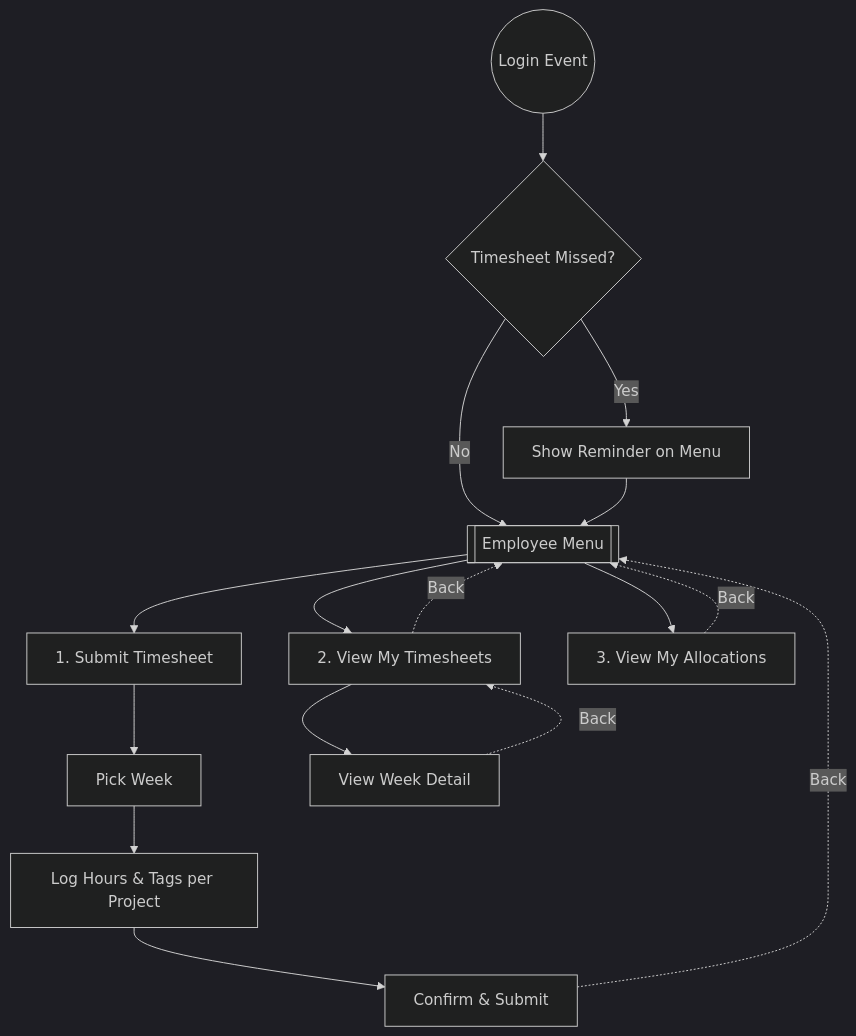
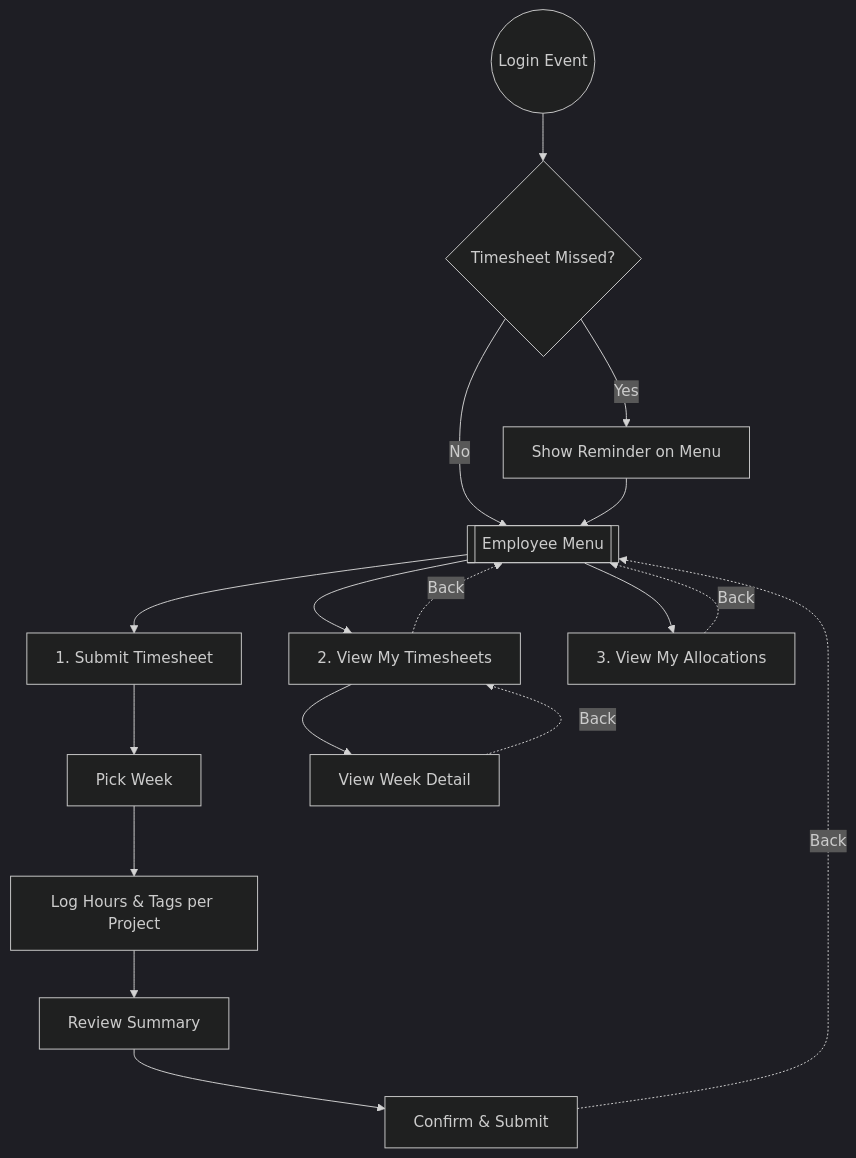
The fourth of 6 diagrams in UML Design/flow_diagrams.md (RiyaAmetaITT/Project-Resource-Management-tool), drawn with Mermaid (dark theme) before and after one commit. The commit also changed other lines of this file and 4 other files, not shown here.

Commit message:
Updated the design diagrams

````diff
--- a/UML Design/flow_diagrams.md
+++ b/UML Design/flow_diagrams.md
@@ -117,23 +124,24 @@
 ```mermaid
 flowchart TD
     EmployeeMenu[[Employee Menu]]
     
     LoginEvent((Login Event)) --> RemCheck{Timesheet Missed?}
     RemCheck -- Yes --> ShowRem[Show Reminder on Menu]
     RemCheck -- No --> EmployeeMenu
     ShowRem --> EmployeeMenu
     
     EmployeeMenu --> SubTS[1. Submit Timesheet]
     SubTS --> PickWeek[Pick Week]
     PickWeek --> LogProj[Log Hours & Tags per Project]
-    LogProj --> Submit[Confirm & Submit]
+    LogProj --> Summary[Review Summary]
+    Summary --> Submit[Confirm & Submit]
     Submit -. "Back" .-> EmployeeMenu
     
     EmployeeMenu --> ViewTS[2. View My Timesheets]
     ViewTS --> WeekDetail[View Week Detail]
     WeekDetail -. "Back" .-> ViewTS
     ViewTS -. "Back" .-> EmployeeMenu
     
     EmployeeMenu --> ViewAlloc[3. View My Allocations]
     ViewAlloc -. "Back" .-> EmployeeMenu
 ```
````
